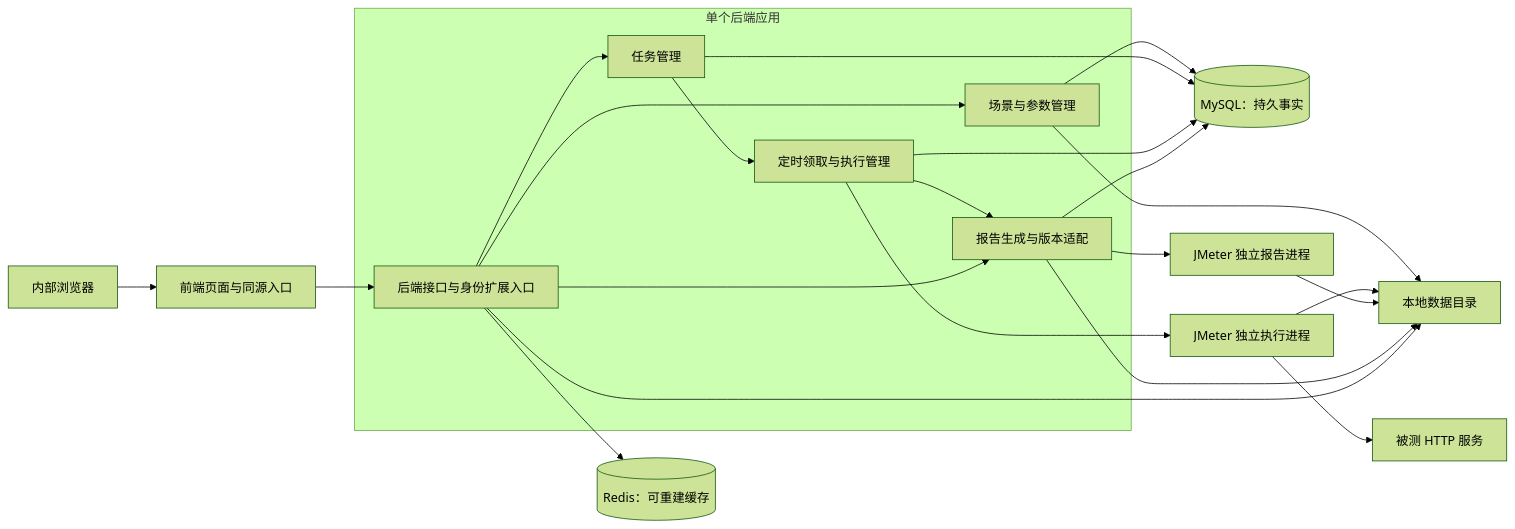
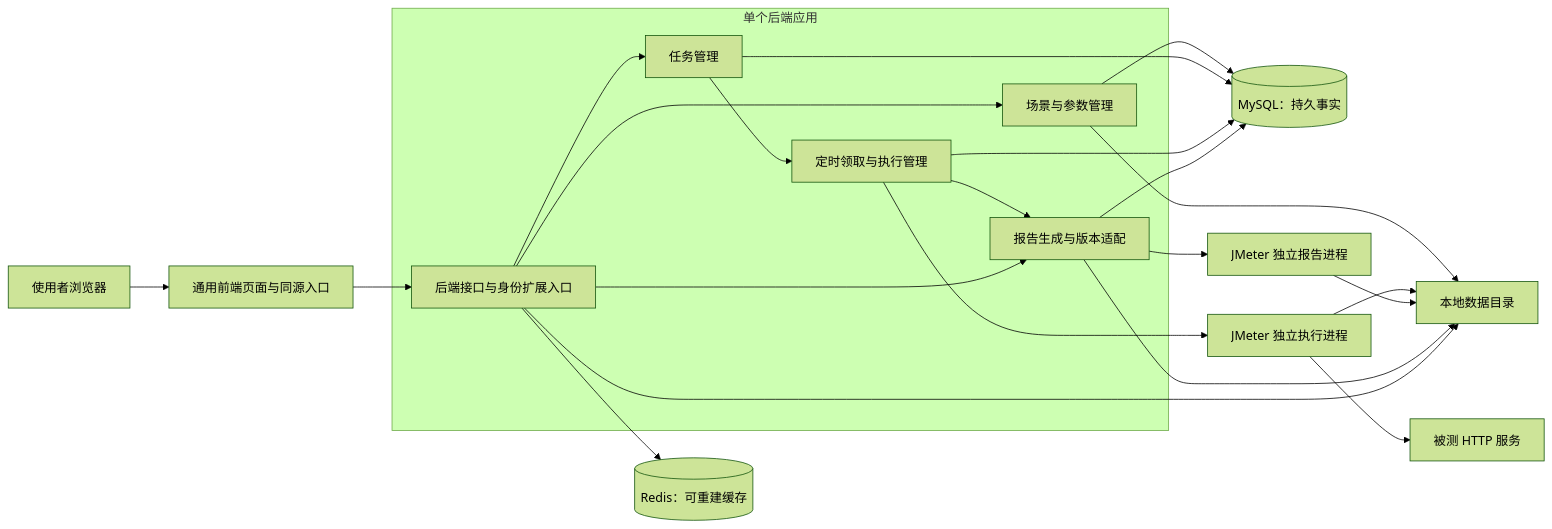
Before and after one commit to Honkey-y/docs: the first of 4 diagrams in 压测平台/规划/技术与数据规范.md, drawn with Mermaid (forest theme). The commit also changed other lines of this file and 16 other files, not shown here.

````diff
--- a/压测平台/规划/技术与数据规范.md
+++ b/压测平台/规划/技术与数据规范.md
@@ -64,25 +58,25 @@
 ```mermaid
 flowchart LR
-  U[内部浏览器] --> W[前端页面与同源入口]
+  U[使用者浏览器] --> W[通用前端页面与同源入口]
   W --> API[后端接口与身份扩展入口]
   subgraph B[单个后端应用]
     API --> P[场景与参数管理]
     API --> Q[任务管理]
     Q --> S[定时领取与执行管理]
     S --> G[报告生成与版本适配]
     API --> G
   end
   P --> DB[(MySQL：持久事实)]
   Q --> DB
   S --> DB
   G --> DB
   API --> C[(Redis：可重建缓存)]
   P --> F[本地数据目录]
   S --> J[JMeter 独立执行进程]
   J --> F
   G --> R[JMeter 独立报告进程]
   R --> F
   G --> F
   API --> F
   J --> T[被测 HTTP 服务]
 ```
````
